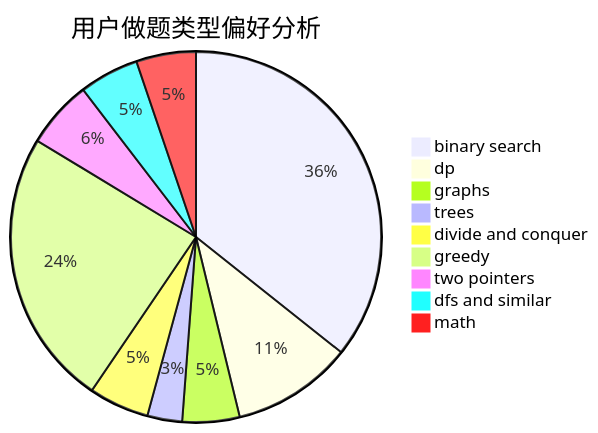
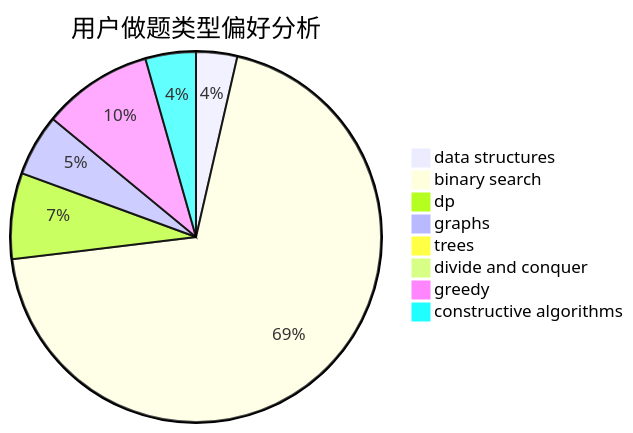
One commit to sherpahu/cfrs.github.io changed the second of 3 diagrams in docs/user/u378.md. Above: the diagram before and after it, drawn with Mermaid. The commit also changed other lines of this file and 2775 other files, not shown here.

````diff
--- a/docs/user/u378.md
+++ b/docs/user/u378.md
@@ -23,12 +23,11 @@
 ```mermaid
 pie title 用户做题类型偏好分析
-    "binary search" :  658
-    "dp" :  194
-    "graphs" :  92
-    "trees" :  56
-    "divide and conquer" :  97
-    "greedy" :  446
-    "two pointers" :  109
-    "dfs and similar" :  96
-    "math" :  96
+    "data structures" :  22
+    "binary search" :  426
+    "dp" :  46
+    "graphs" :  33
+    "trees" :  4
+    "divide and conquer" :  0
+    "greedy" :  59
+    "constructive algorithms" :  27
 ```
````
